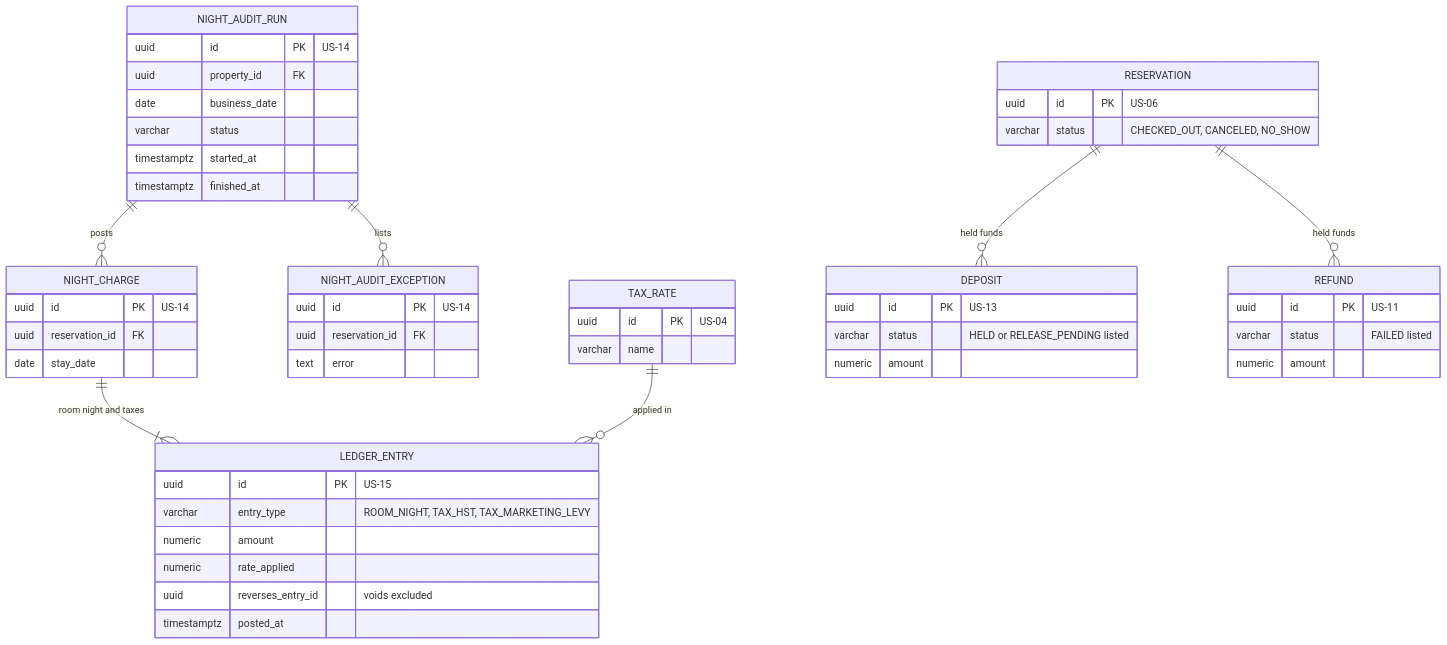
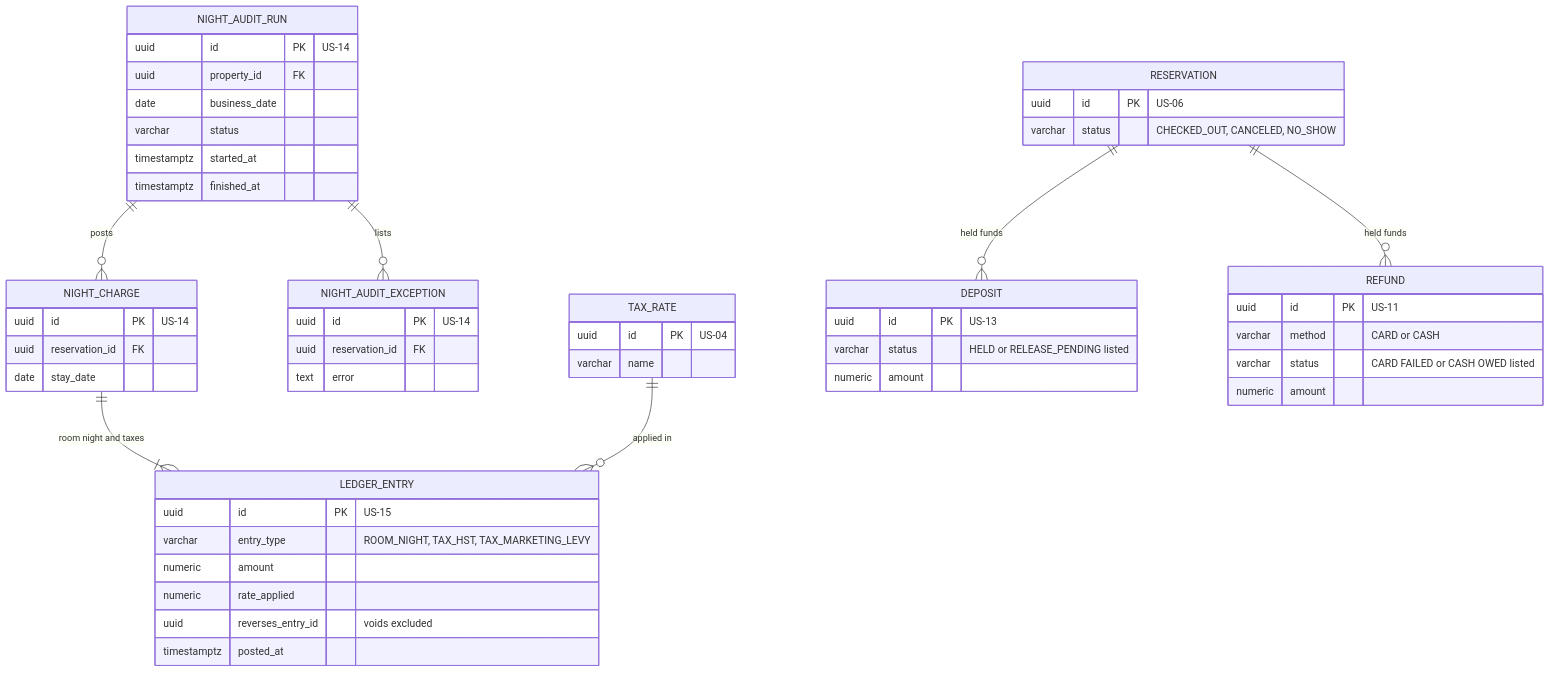
One commit to BraceroInSabot/Motel-Starmie changed the second of 4 diagrams in docs/Initial Requirements/Diagrams/US-22 - Night Audit and Tax Reports.md. Above: the diagram before and after it, drawn with Mermaid. The commit also changed other lines of this file and 15 other files, not shown here.

````diff
--- a/docs/Initial Requirements/Diagrams/US-22 - Night Audit and Tax Reports.md
+++ b/docs/Initial Requirements/Diagrams/US-22 - Night Audit and Tax Reports.md
@@ -181,54 +183,55 @@
 ```mermaid
 erDiagram
     NIGHT_AUDIT_RUN ||--o{ NIGHT_CHARGE : "posts"
     NIGHT_AUDIT_RUN ||--o{ NIGHT_AUDIT_EXCEPTION : "lists"
     NIGHT_CHARGE ||--|{ LEDGER_ENTRY : "room night and taxes"
     TAX_RATE ||--o{ LEDGER_ENTRY : "applied in"
     RESERVATION ||--o{ DEPOSIT : "held funds"
     RESERVATION ||--o{ REFUND : "held funds"
 
     NIGHT_AUDIT_RUN {
         uuid id PK "US-14"
         uuid property_id FK
         date business_date
         varchar status
         timestamptz started_at
         timestamptz finished_at
     }
     NIGHT_CHARGE {
         uuid id PK "US-14"
         uuid reservation_id FK
         date stay_date
     }
     NIGHT_AUDIT_EXCEPTION {
         uuid id PK "US-14"
         uuid reservation_id FK
         text error
     }
     LEDGER_ENTRY {
         uuid id PK "US-15"
         varchar entry_type "ROOM_NIGHT, TAX_HST, TAX_MARKETING_LEVY"
         numeric amount
         numeric rate_applied
         uuid reverses_entry_id "voids excluded"
         timestamptz posted_at
     }
     TAX_RATE {
         uuid id PK "US-04"
         varchar name
     }
     DEPOSIT {
         uuid id PK "US-13"
         varchar status "HELD or RELEASE_PENDING listed"
         numeric amount
     }
     REFUND {
         uuid id PK "US-11"
-        varchar status "FAILED listed"
+        varchar method "CARD or CASH"
+        varchar status "CARD FAILED or CASH OWED listed"
         numeric amount
     }
     RESERVATION {
         uuid id PK "US-06"
         varchar status "CHECKED_OUT, CANCELED, NO_SHOW"
     }
 ```
````
